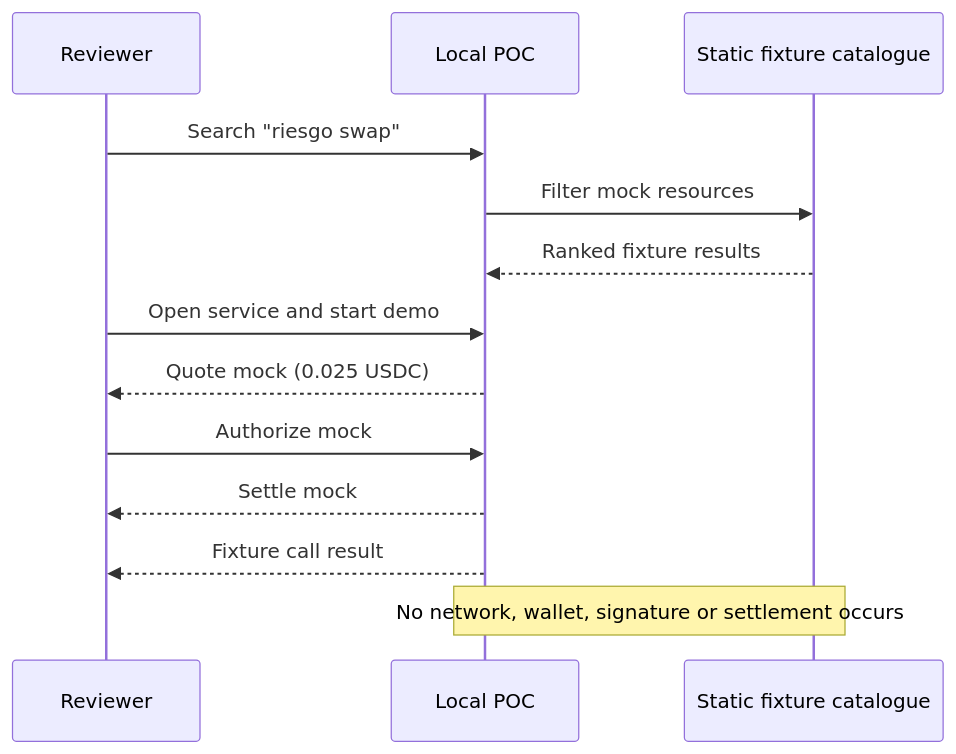
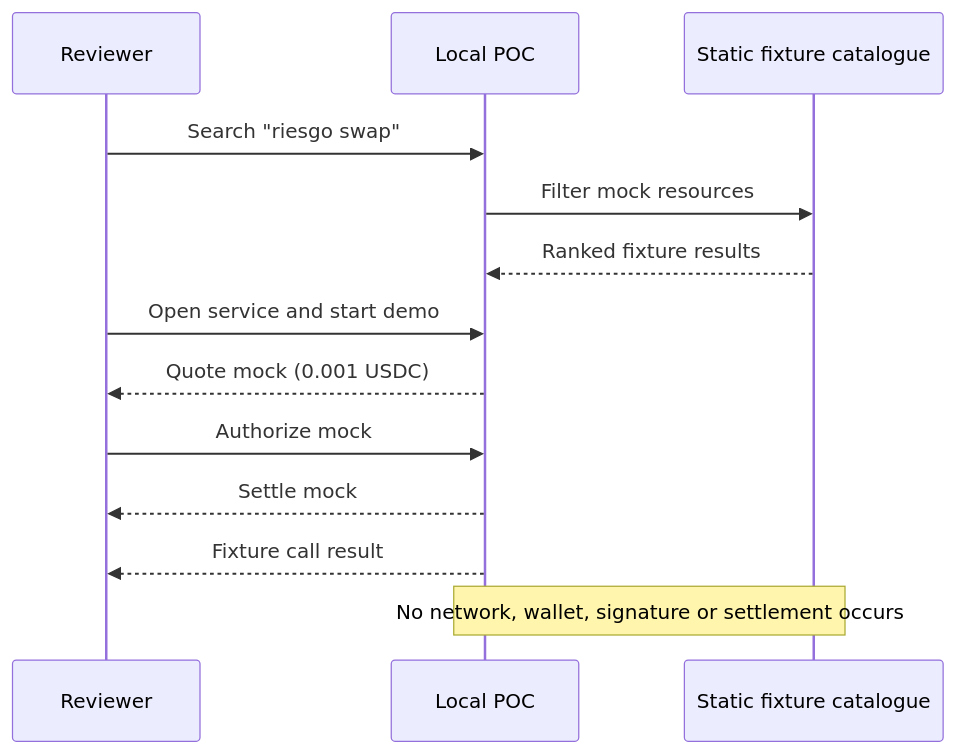
Before and after one commit to CaBsCrypto/stellar-bazaar-x402: the second of 3 diagrams in docs/ARCHITECTURE.md, drawn with Mermaid. The commit also changed 16 other files, not shown here.

Commit message:
feat: MCP cursor pagination, workflow bundle schema/fixtures, agent-paid swap-risk card, and 2026-08-18 evidence

````diff
--- a/docs/ARCHITECTURE.md
+++ b/docs/ARCHITECTURE.md
@@ -23,15 +23,15 @@
 ```mermaid
 sequenceDiagram
   participant U as Reviewer
   participant UI as Local POC
   participant C as Static fixture catalogue
   U->>UI: Search "riesgo swap"
   UI->>C: Filter mock resources
   C-->>UI: Ranked fixture results
   U->>UI: Open service and start demo
-  UI-->>U: Quote mock (0.025 USDC)
+  UI-->>U: Quote mock (0.001 USDC)
   U->>UI: Authorize mock
   UI-->>U: Settle mock
   UI-->>U: Fixture call result
   Note over UI,C: No network, wallet, signature or settlement occurs
 ```
````
